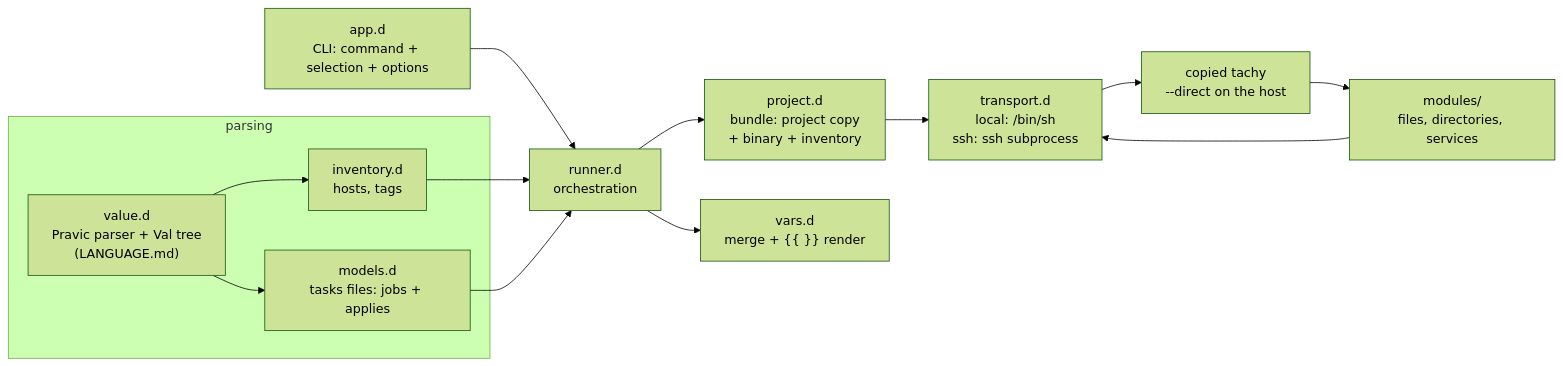
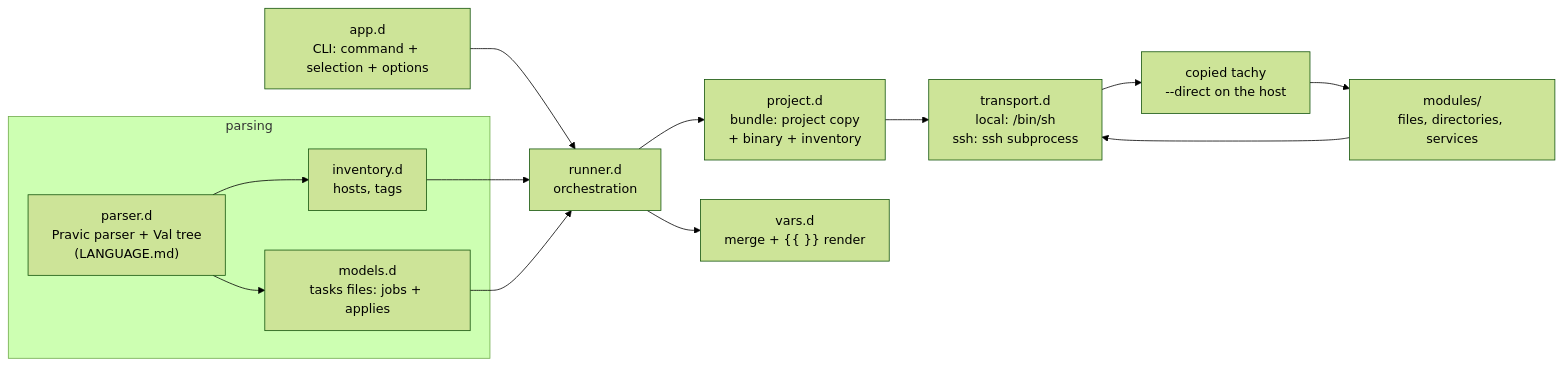
One commit to marcpmichel/tachy changed the diagram in README.md. Above: the diagram before and after it, drawn with Mermaid (forest theme). The commit also changed other lines of this file and 12 other files, not shown here.

Commit message:
refactor: split parser and value

````diff
--- a/README.md
+++ b/README.md
@@ -655,16 +655,16 @@
 ```mermaid
 flowchart LR
     CLI["app.d\nCLI: command + selection + options"] --> RUN["runner.d\norchestration"]
     INV["inventory.d\nhosts, tags"] --> RUN
     MOD["models.d\ntasks files: jobs + applies"] --> RUN
     RUN --> PROJ["project.d\nbundle: project copy\n+ binary + inventory"]
     PROJ --> TR["transport.d\nlocal: /bin/sh\nssh: ssh subprocess"]
     TR --> INNER["copied tachy\n--direct on the host"] --> MODS["modules/\nfiles, directories, services"]
     MODS --> TR
     RUN --> VARS["vars.d\nmerge + {{ }} render"]
     subgraph parsing
-        VAL["value.d\nPravic parser + Val tree\n(LANGUAGE.md)"]
+        VAL["parser.d\nPravic parser + Val tree\n(LANGUAGE.md)"]
         VAL --> INV
         VAL --> MOD
     end
 ```
````
